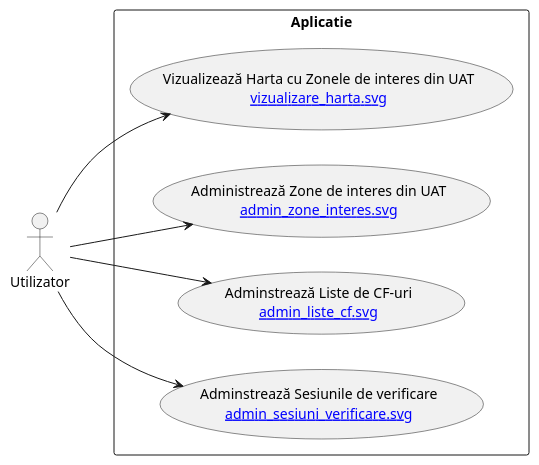
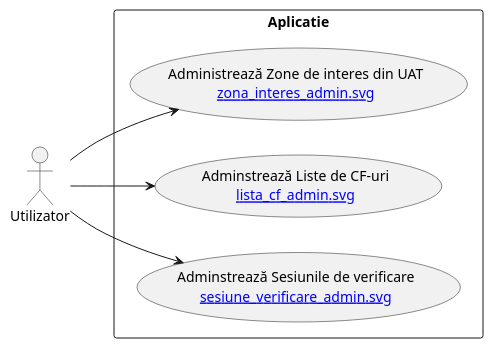
The diagram in user_start.puml (KMX-Systems/uat), drawn with PlantUML before and after one commit. The commit also changed 7 other files, not shown here.

```diff
--- a/user_start.puml
+++ b/user_start.puml
@@ -1,14 +1,12 @@
 @startuml
 left to right direction
 actor "Utilizator" as user
 rectangle Aplicatie {
-  usecase "Vizualizează Harta cu Zonele de interes din UAT\n[[vizualizare_harta.svg]]" as UC1
-  usecase "Administrează Zone de interes din UAT\n[[admin_zone_interes.svg]]" as UC2
-  usecase "Adminstrează Liste de CF-uri\n[[admin_liste_cf.svg]]" as UC3
-  usecase "Adminstrează Sesiunile de verificare\n[[admin_sesiuni_verificare.svg]]" as UC4
+  usecase "Administrează Zone de interes din UAT\n[[zona_interes_admin.svg]]" as UC1
+  usecase "Adminstrează Liste de CF-uri\n[[lista_cf_admin.svg]]" as UC2
+  usecase "Adminstrează Sesiunile de verificare\n[[sesiune_verificare_admin.svg]]" as UC3
 }
 user --> UC1
 user --> UC2
 user --> UC3
-user --> UC4
 @enduml
```
